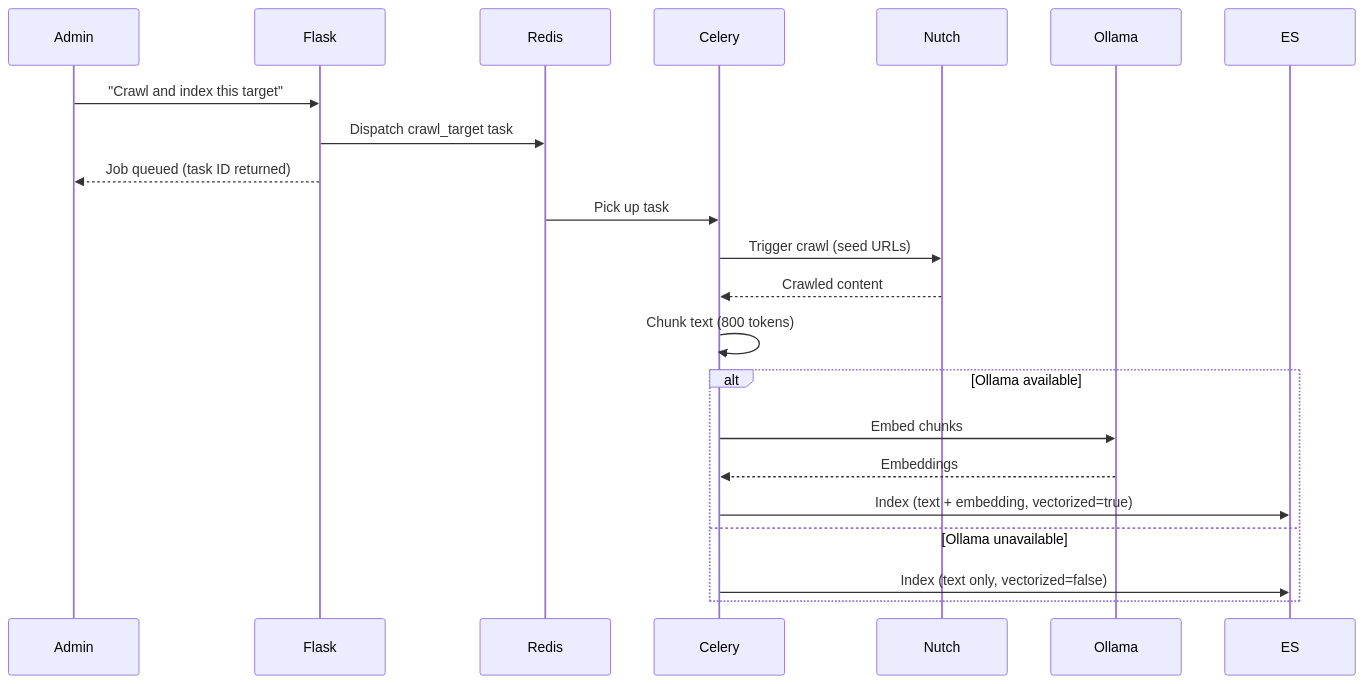
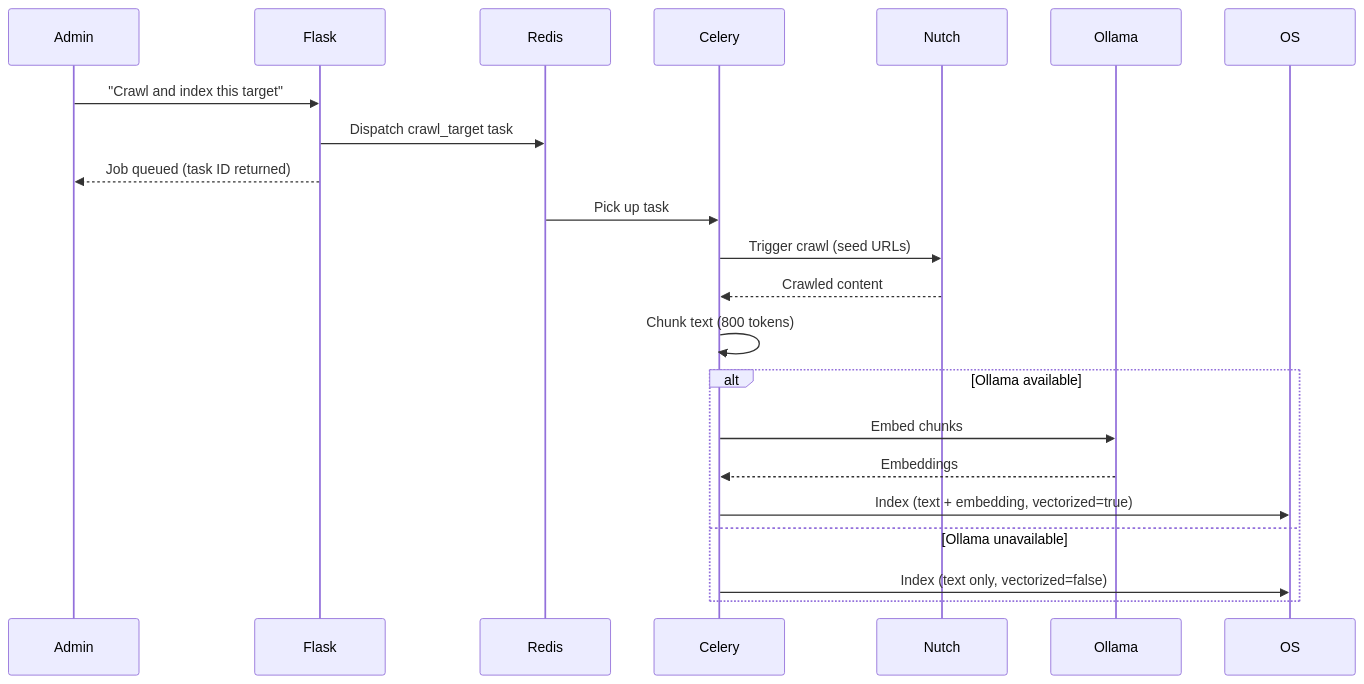
The second of 5 diagrams in DesignDoc.md (eyeclept/SHSE), drawn with Mermaid before and after one commit. The commit also changed other lines of this file and 3 other files, not shown here.

````diff
--- a/DesignDoc.md
+++ b/DesignDoc.md
@@ -262,25 +262,25 @@
 ```mermaid
 sequenceDiagram
     participant Admin
     participant Flask
     participant Redis
     participant Celery
     participant Nutch
     participant Ollama
-    participant ES
+    participant OS
 
     Admin->>Flask: "Crawl and index this target"
     Flask->>Redis: Dispatch crawl_target task
     Flask-->>Admin: Job queued (task ID returned)
     Redis->>Celery: Pick up task
     Celery->>Nutch: Trigger crawl (seed URLs)
     Nutch-->>Celery: Crawled content
     Celery->>Celery: Chunk text (800 tokens)
     alt Ollama available
         Celery->>Ollama: Embed chunks
         Ollama-->>Celery: Embeddings
-        Celery->>ES: Index (text + embedding, vectorized=true)
+        Celery->>OS: Index (text + embedding, vectorized=true)
     else Ollama unavailable
-        Celery->>ES: Index (text only, vectorized=false)
+        Celery->>OS: Index (text only, vectorized=false)
     end
 ```
````
